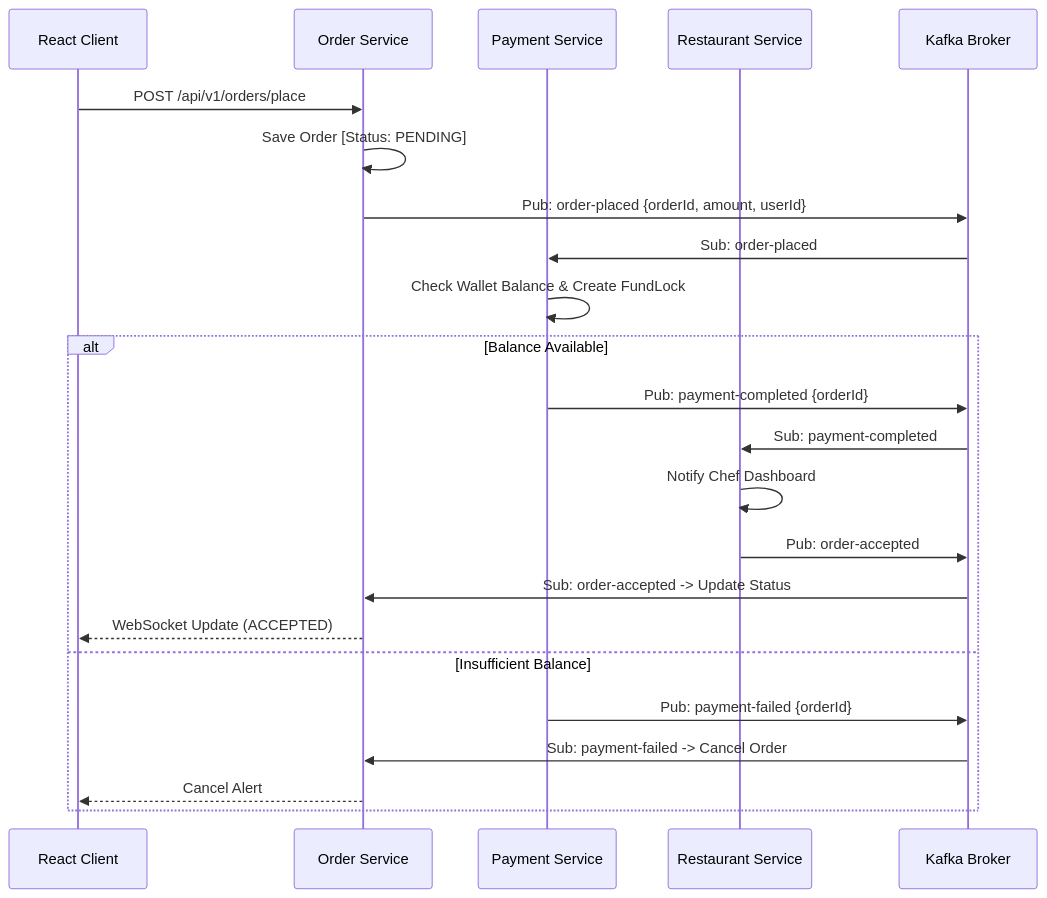
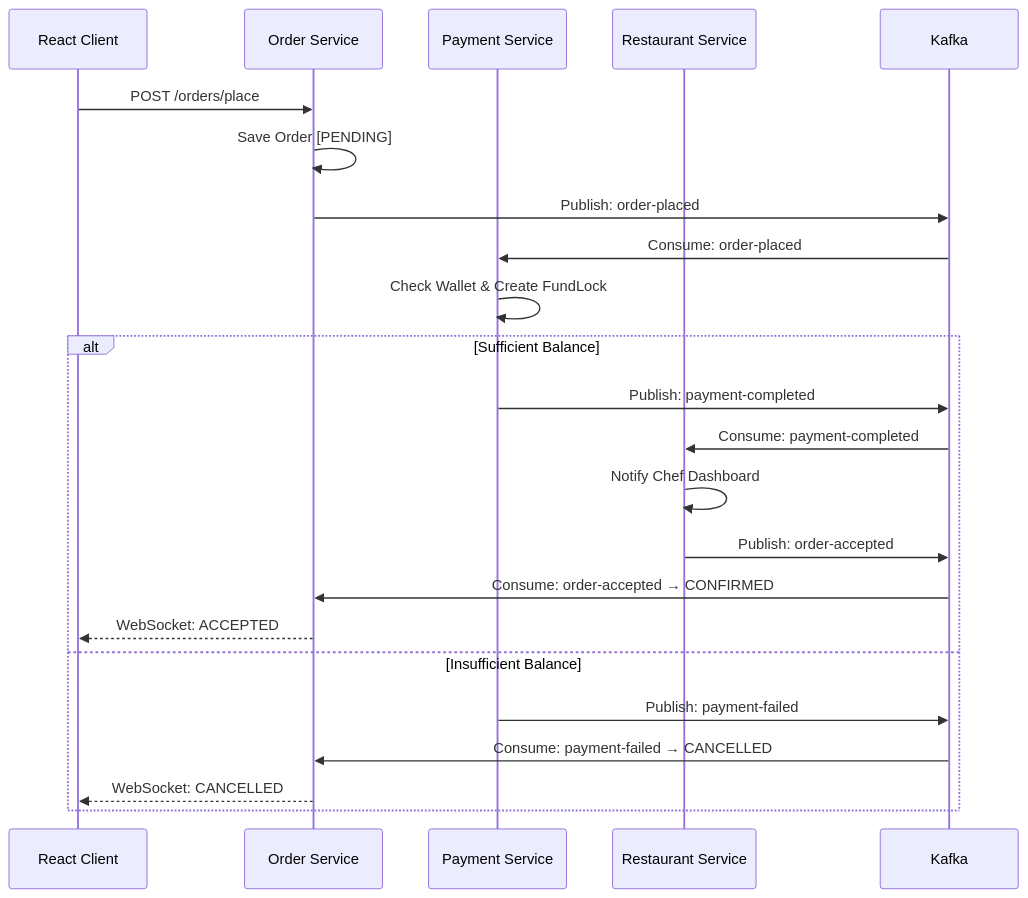
The third of 4 diagrams in README.md (shivam123450/foodRush), drawn with Mermaid before and after one commit. The commit also changed other lines of this file, not shown here.

````diff
--- a/README.md
+++ b/README.md
@@ -174,27 +211,28 @@
 ```mermaid
 sequenceDiagram
     participant C as React Client
     participant O as Order Service
     participant P as Payment Service
     participant R as Restaurant Service
-    participant K as Kafka Broker
+    participant K as Kafka
 
-    C->>O: POST /api/v1/orders/place
-    O->>O: Save Order [Status: PENDING]
-    O->>K: Pub: order-placed {orderId, amount, userId}
-    
-    K->>P: Sub: order-placed
-    P->>P: Check Wallet Balance & Create FundLock
-    alt Balance Available
-        P->>K: Pub: payment-completed {orderId}
-        K->>R: Sub: payment-completed
+    C->>O: POST /orders/place
+    O->>O: Save Order [PENDING]
+    O->>K: Publish: order-placed
+
+    K->>P: Consume: order-placed
+    P->>P: Check Wallet & Create FundLock
+
+    alt Sufficient Balance
+        P->>K: Publish: payment-completed
+        K->>R: Consume: payment-completed
         R->>R: Notify Chef Dashboard
-        R->>K: Pub: order-accepted
-        K->>O: Sub: order-accepted -> Update Status
-        O-->>C: WebSocket Update (ACCEPTED)
+        R->>K: Publish: order-accepted
+        K->>O: Consume: order-accepted → CONFIRMED
+        O-->>C: WebSocket: ACCEPTED
     else Insufficient Balance
-        P->>K: Pub: payment-failed {orderId}
-        K->>O: Sub: payment-failed -> Cancel Order
-        O-->>C: Cancel Alert
+        P->>K: Publish: payment-failed
+        K->>O: Consume: payment-failed → CANCELLED
+        O-->>C: WebSocket: CANCELLED
     end
 ```
````
